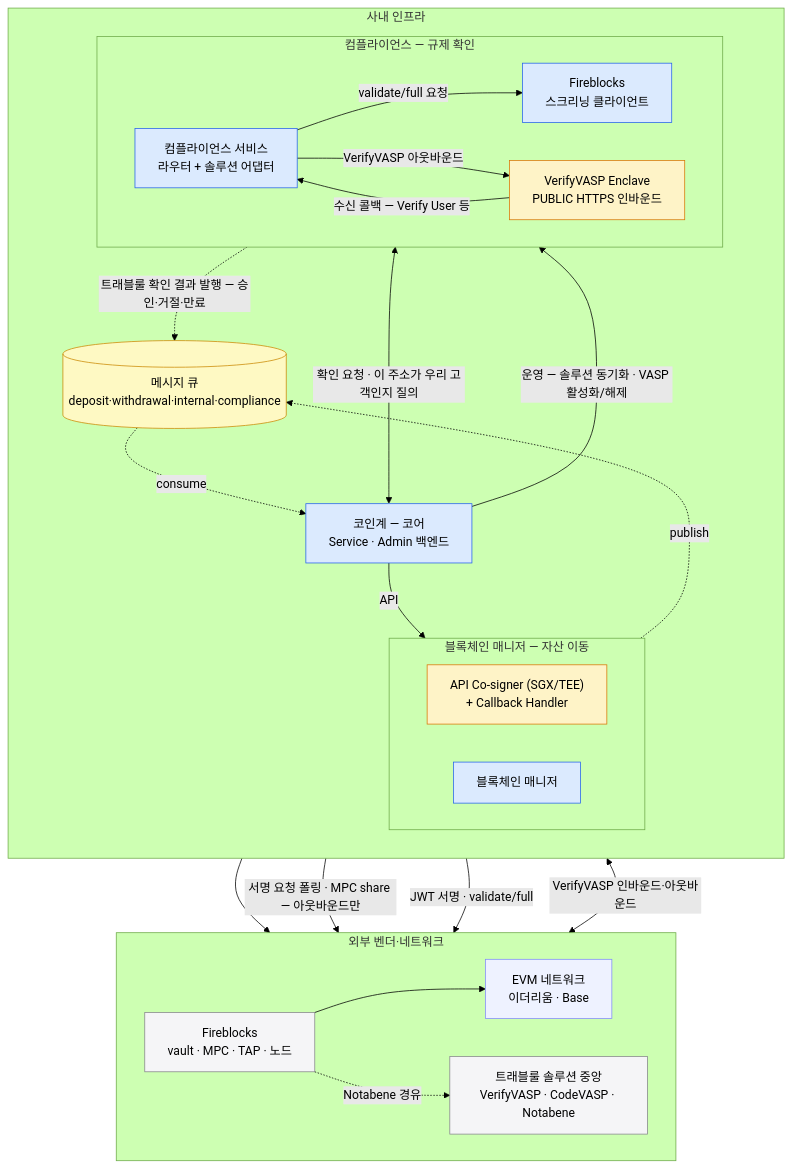
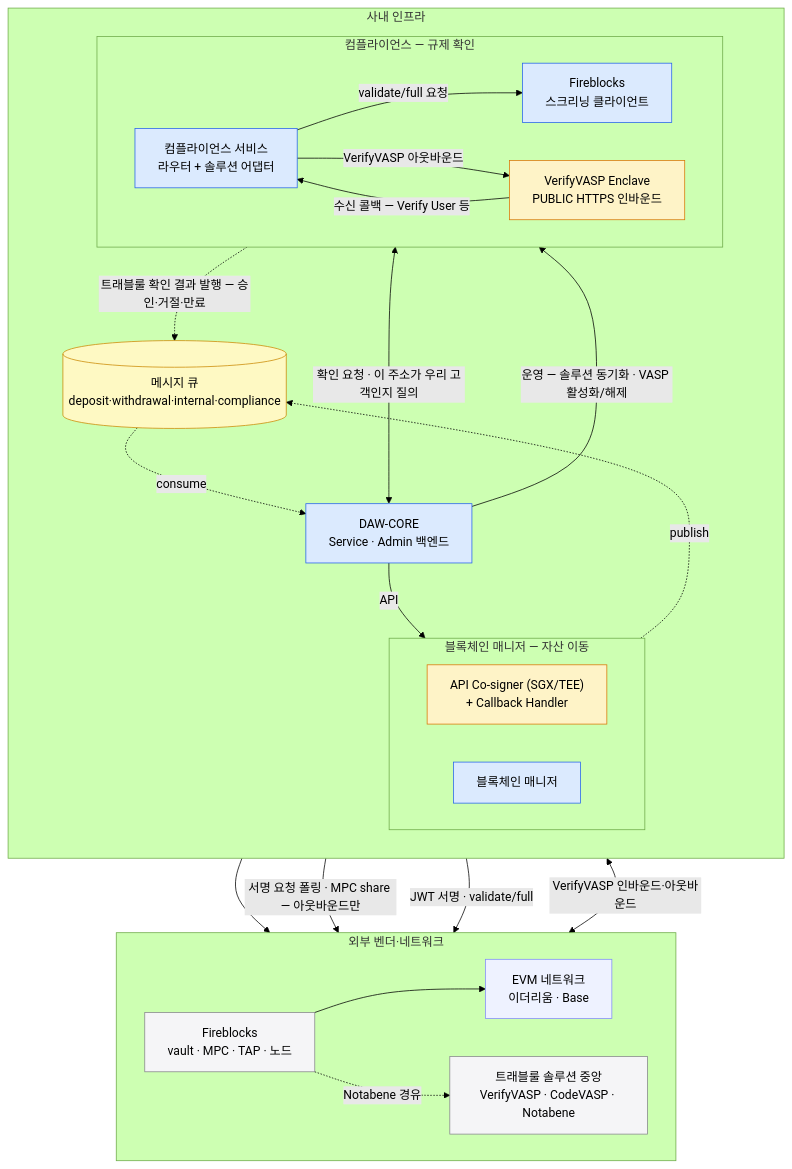
One commit to eunsujeo/eunpus changed the diagram in blockchain-manager/docs/온보딩/설계/00-overview.md. Above: the diagram before and after it, drawn with Mermaid (forest theme). The commit also changed other lines of this file and 25 other files, not shown here.

First line of the commit message:
컴플라이언스·온보딩 정리 — 코어 명칭 DAW-CORE 통일 + 출금 확인 비동기 통일 + 다이어그램 보강

````diff
--- a/blockchain-manager/docs/온보딩/설계/00-overview.md
+++ b/blockchain-manager/docs/온보딩/설계/00-overview.md
@@ -11,54 +10,54 @@
 ```mermaid
 flowchart TB
   subgraph OURS["사내 인프라"]
     direction TB
-    CORE["코인계 — 코어<br/>Service · Admin 백엔드"]
+    CORE["DAW-CORE<br/>Service · Admin 백엔드"]
     subgraph BMZ["블록체인 매니저 — 자산 이동"]
       direction LR
       COS["API Co-signer (SGX/TEE)<br/>+ Callback Handler"]
       BM["블록체인 매니저"]
     end
     MQ[("메시지 큐<br/>deposit·withdrawal·internal·compliance")]
     subgraph TRZ["컴플라이언스 — 규제 확인"]
       direction LR
       GATE["컴플라이언스 서비스<br/>라우터 + 솔루션 어댑터"]
       FBCLI["Fireblocks<br/>스크리닝 클라이언트"]
       EN["VerifyVASP Enclave<br/>PUBLIC HTTPS 인바운드"]
     end
     CORE ~~~ MQ
   end
 
   subgraph EXTZ["외부 벤더·네트워크"]
     direction LR
     EVM["EVM 네트워크<br/>이더리움 · Base"]
     FB["Fireblocks<br/>vault · MPC · TAP · 노드"]
     TRNET["트래블룰 솔루션 중앙<br/>VerifyVASP · CodeVASP · Notabene"]
   end
 
   CORE -->|API| BM
   BM -.->|publish| MQ
   GATE -.->|트래블룰 확인 결과 발행 — 승인·거절·만료| MQ
   MQ -.->|consume| CORE
   CORE <-->|확인 요청 · 이 주소가 우리 고객인지 질의| GATE
   CORE -->|운영 — 솔루션 동기화 · VASP 활성화/해제| GATE
   GATE -->|validate/full 요청| FBCLI
   GATE -->|VerifyVASP 아웃바운드| EN
   EN -->|수신 콜백 — Verify User 등| GATE
   BM --> FB
   COS -->|서명 요청 폴링 · MPC share — 아웃바운드만| FB
   FBCLI -->|JWT 서명 · validate/full| FB
   FB --> EVM
   FB -.->|Notabene 경유| TRNET
   EN <-->|VerifyVASP 인바운드·아웃바운드| TRNET
 
   classDef ours fill:#dbeafe,stroke:#2563eb;
   classDef selfhost fill:#fef3c7,stroke:#d97706;
   classDef mq fill:#fef9c3,stroke:#ca8a04;
   classDef vendor fill:#f5f5f7,stroke:#86868b;
   classDef chain fill:#eef2ff,stroke:#818cf8;
   class CORE,BM,GATE,FBCLI ours
   class COS,EN selfhost
   class MQ mq
   class FB,TRNET vendor
   class EVM chain
 ```
````
